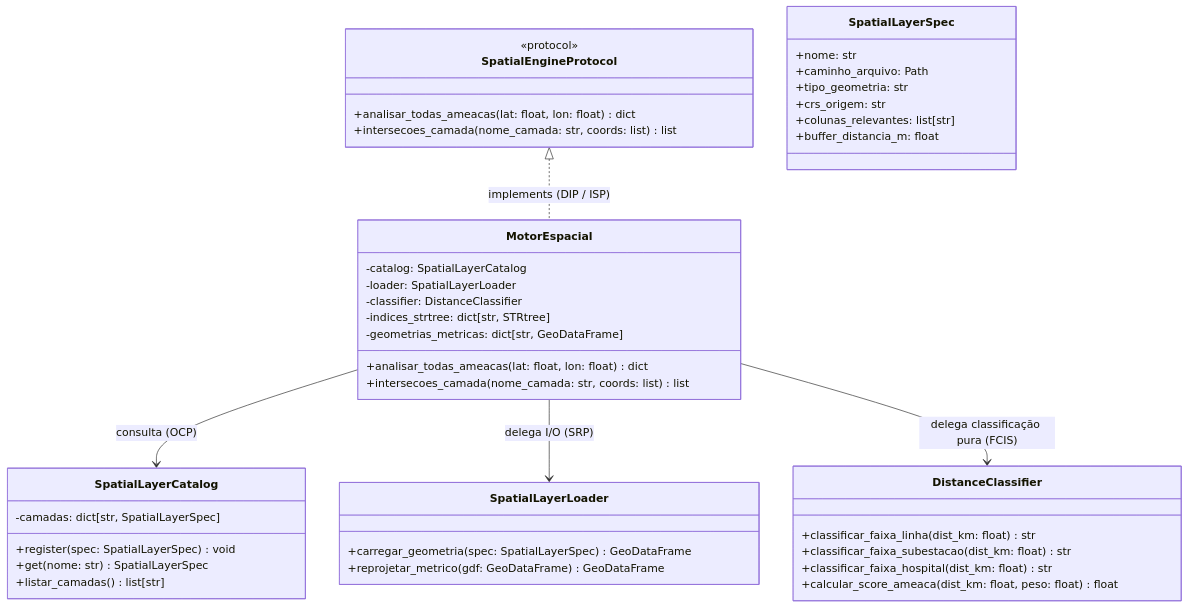
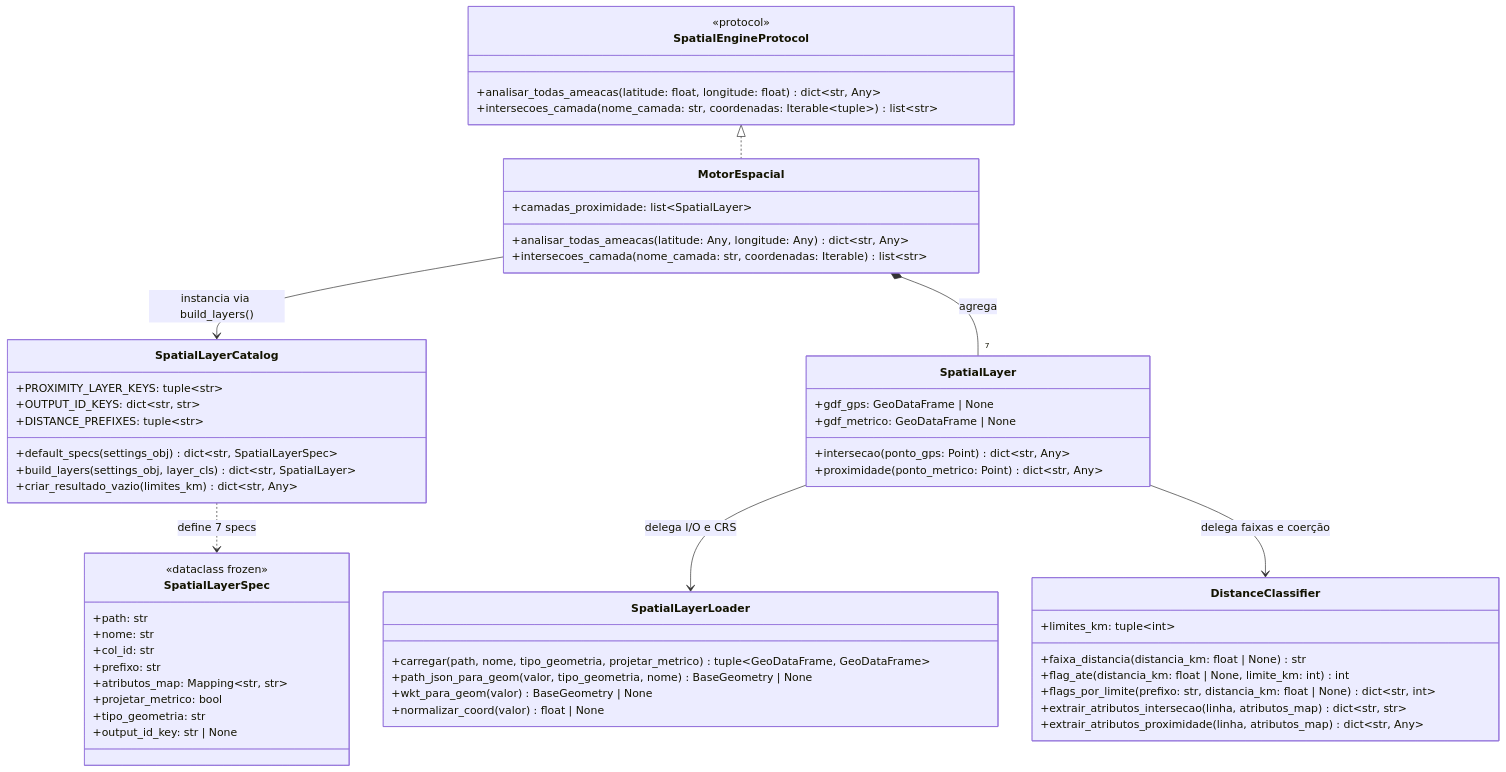
The first of 2 diagrams in src/silver/spatial/README.md (gabriel-goncalves1122/mapeamento-risco-queimadas-inpe), drawn with Mermaid before and after one commit. The commit also changed other lines of this file and 38 other files, not shown here.

Commit message:
docs(architecture): reorganiza trilha arquitetural em 6 capitulos e expande readmes modulares

````diff
--- a/src/silver/spatial/README.md
+++ b/src/silver/spatial/README.md
@@ -13,53 +13,67 @@
 ```mermaid
 classDiagram
     direction TB
 
     class SpatialEngineProtocol {
         <<protocol>>
-        +analisar_todas_ameacas(lat: float, lon: float) dict
-        +intersecoes_camada(nome_camada: str, coords: list) list
+        +analisar_todas_ameacas(latitude: float, longitude: float) dict~str, Any~
+        +intersecoes_camada(nome_camada: str, coordenadas: Iterable~tuple~) list~str~
     }
 
     class SpatialLayerSpec {
+        <<dataclass frozen>>
+        +path: str
         +nome: str
-        +caminho_arquivo: Path
+        +col_id: str
+        +prefixo: str
+        +atributos_map: Mapping~str, str~
+        +projetar_metrico: bool
         +tipo_geometria: str
-        +crs_origem: str
-        +colunas_relevantes: list[str]
-        +buffer_distancia_m: float
+        +output_id_key: str | None
+    }
+
+    class SpatialLayerCatalog {
+        +PROXIMITY_LAYER_KEYS: tuple~str~
+        +OUTPUT_ID_KEYS: dict~str, str~
+        +DISTANCE_PREFIXES: tuple~str~
+        +default_specs(settings_obj) dict~str, SpatialLayerSpec~
+        +build_layers(settings_obj, layer_cls) dict~str, SpatialLayer~
+        +criar_resultado_vazio(limites_km) dict~str, Any~
     }
 
     class SpatialLayerLoader {
-        +carregar_geometria(spec: SpatialLayerSpec) GeoDataFrame
-        +reprojetar_metrico(gdf: GeoDataFrame) GeoDataFrame
-    }
-
-    class SpatialLayerCatalog {
-        -camadas: dict[str, SpatialLayerSpec]
-        +register(spec: SpatialLayerSpec) void
-        +get(nome: str) SpatialLayerSpec
-        +listar_camadas() list[str]
+        +carregar(path, nome, tipo_geometria, projetar_metrico) tuple~GeoDataFrame, GeoDataFrame~
+        +path_json_para_geom(valor, tipo_geometria, nome) BaseGeometry | None
+        +wkt_para_geom(valor) BaseGeometry | None
+        +normalizar_coord(valor) float | None
     }
 
     class DistanceClassifier {
-        +classificar_faixa_linha(dist_km: float) str
-        +classificar_faixa_subestacao(dist_km: float) str
-        +classificar_faixa_hospital(dist_km: float) str
-        +calcular_score_ameaca(dist_km: float, peso: float) float
+        +limites_km: tuple~int~
+        +faixa_distancia(distancia_km: float | None) str
+        +flag_ate(distancia_km: float | None, limite_km: int) int
+        +flags_por_limite(prefixo: str, distancia_km: float | None) dict~str, int~
+        +extrair_atributos_intersecao(linha, atributos_map) dict~str, str~
+        +extrair_atributos_proximidade(linha, atributos_map) dict~str, Any~
+    }
+
+    class SpatialLayer {
+        +gdf_gps: GeoDataFrame | None
+        +gdf_metrico: GeoDataFrame | None
+        +intersecao(ponto_gps: Point) dict~str, Any~
+        +proximidade(ponto_metrico: Point) dict~str, Any~
     }
 
     class MotorEspacial {
-        -catalog: SpatialLayerCatalog
-        -loader: SpatialLayerLoader
-        -classifier: DistanceClassifier
-        -indices_strtree: dict[str, STRtree]
-        -geometrias_metricas: dict[str, GeoDataFrame]
-        +analisar_todas_ameacas(lat: float, lon: float) dict
-        +intersecoes_camada(nome_camada: str, coords: list) list
+        +camadas_proximidade: list~SpatialLayer~
+        +analisar_todas_ameacas(latitude: Any, longitude: Any) dict~str, Any~
+        +intersecoes_camada(nome_camada: str, coordenadas: Iterable) list~str~
     }
 
-    SpatialEngineProtocol <|.. MotorEspacial : implements (DIP / ISP)
-    MotorEspacial --> SpatialLayerCatalog : consulta (OCP)
-    MotorEspacial --> SpatialLayerLoader : delega I/O (SRP)
-    MotorEspacial --> DistanceClassifier : delega classificação pura (FCIS)
+    SpatialEngineProtocol <|.. MotorEspacial
+    MotorEspacial --> SpatialLayerCatalog : instancia via build_layers()
+    MotorEspacial *-- "7" SpatialLayer : agrega
+    SpatialLayerCatalog ..> SpatialLayerSpec : define 7 specs
+    SpatialLayer --> SpatialLayerLoader : delega I/O e CRS
+    SpatialLayer --> DistanceClassifier : delega faixas e coerção
 ```
````
